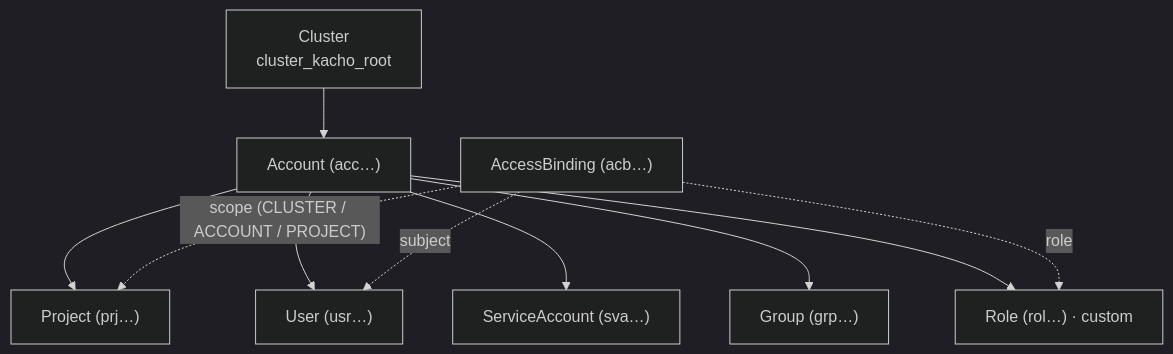
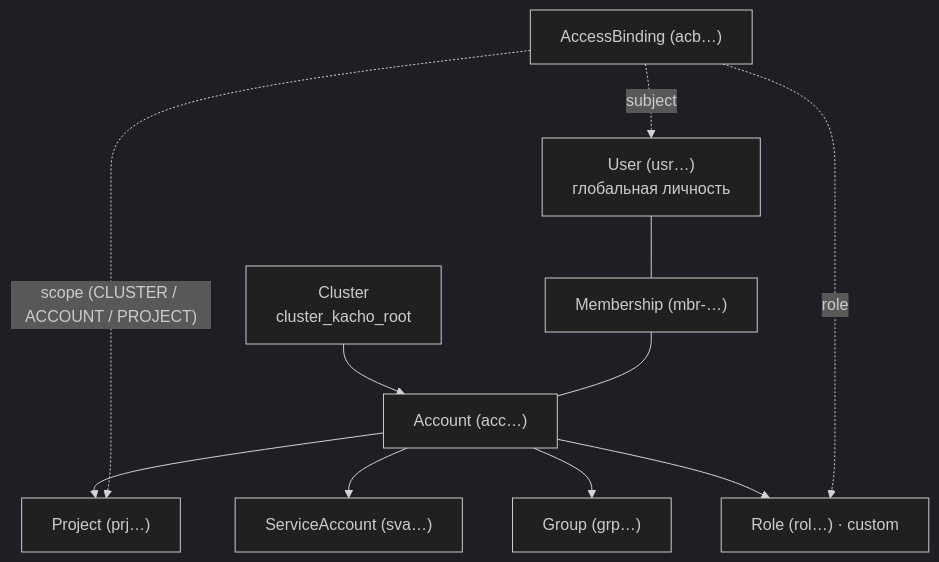
One commit to PRO-Robotech/kacho changed the first of 2 diagrams in services/iam/docs/content/intro.mdx. Above: the diagram before and after it, drawn with Mermaid (dark theme). The commit also changed other lines of this file and 365 other files, not shown here.

````diff
--- a/services/iam/docs/content/intro.mdx
+++ b/services/iam/docs/content/intro.mdx
@@ -97,12 +100,13 @@
 ```mermaid
 flowchart TD
   cluster["Cluster<br/>cluster_kacho_root"] --> account["Account (acc…)"]
   account --> project["Project (prj…)"]
-  account --> user["User (usr…)"]
   account --> sa["ServiceAccount (sva…)"]
   account --> group["Group (grp…)"]
   account --> role["Role (rol…) · custom"]
+  user["User (usr…)<br/>глобальная личность"] --- mbr["Membership (mbr-…)"]
+  mbr --- account
   ab["AccessBinding (acb…)"] -. "subject" .-> user
   ab -. "role" .-> role
   ab -. "scope (CLUSTER / ACCOUNT / PROJECT)" .-> project
 ```
````
